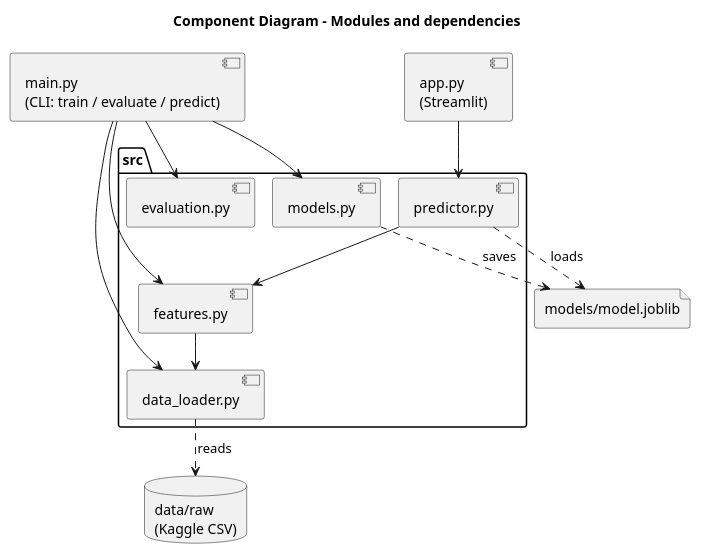
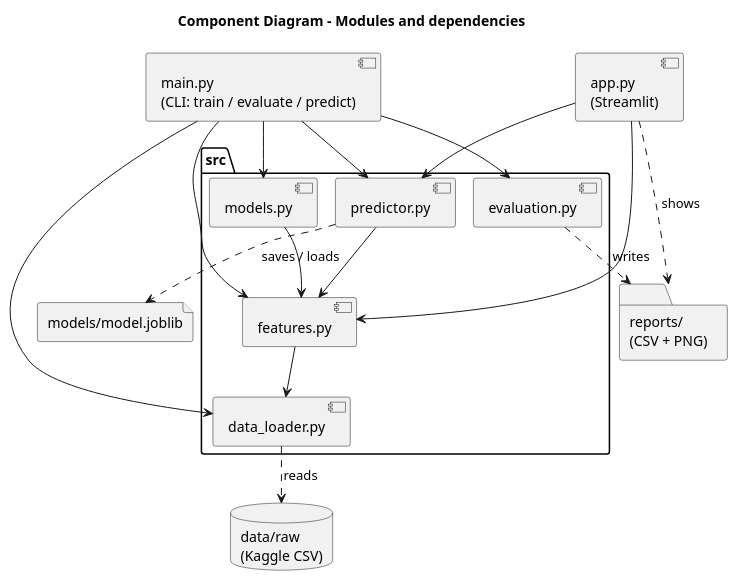
The diagram in docs/diagrams/2_component_diagram.puml (hugohf05/semestral-work-ite), drawn with PlantUML before and after one commit. The commit also changed 5 other files, not shown here.

Commit message:
Update UML diagrams to match the final code

```diff
--- a/docs/diagrams/2_component_diagram.puml
+++ b/docs/diagrams/2_component_diagram.puml
@@ -1,27 +1,34 @@
 @startuml
 title Component Diagram - Modules and dependencies
 !pragma layout smetana
+
+[main.py\n(CLI: train / evaluate / predict)] as main
+[app.py\n(Streamlit)] as app
 
 package "src" {
   [data_loader.py] as loader
   [features.py] as features
   [models.py] as models
   [evaluation.py] as evaluation
   [predictor.py] as predictor
 }
-[main.py\n(CLI: train / evaluate / predict)] as main
-[app.py\n(Streamlit)] as app
+
 database "data/raw\n(Kaggle CSV)" as csv
 file "models/model.joblib" as model
+folder "reports/\n(CSV + PNG)" as reports
 
 main --> loader
 main --> features
 main --> models
 main --> evaluation
+main --> predictor
+app --> features
 app --> predictor
 features --> loader
+models --> features
 predictor --> features
 loader ..> csv : reads
-models ..> model : saves
-predictor ..> model : loads
+predictor ..> model : saves / loads
+evaluation ..> reports : writes
+app ..> reports : shows
 @enduml
```
